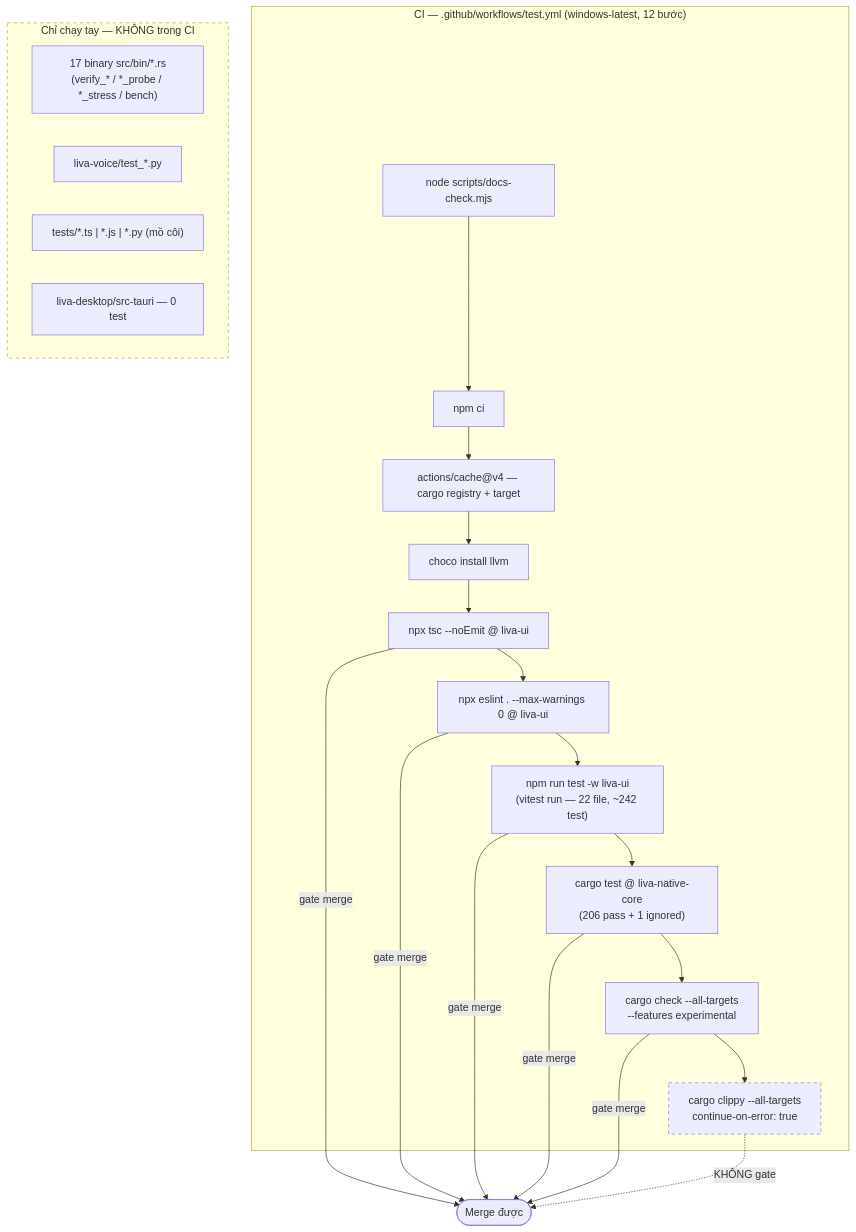
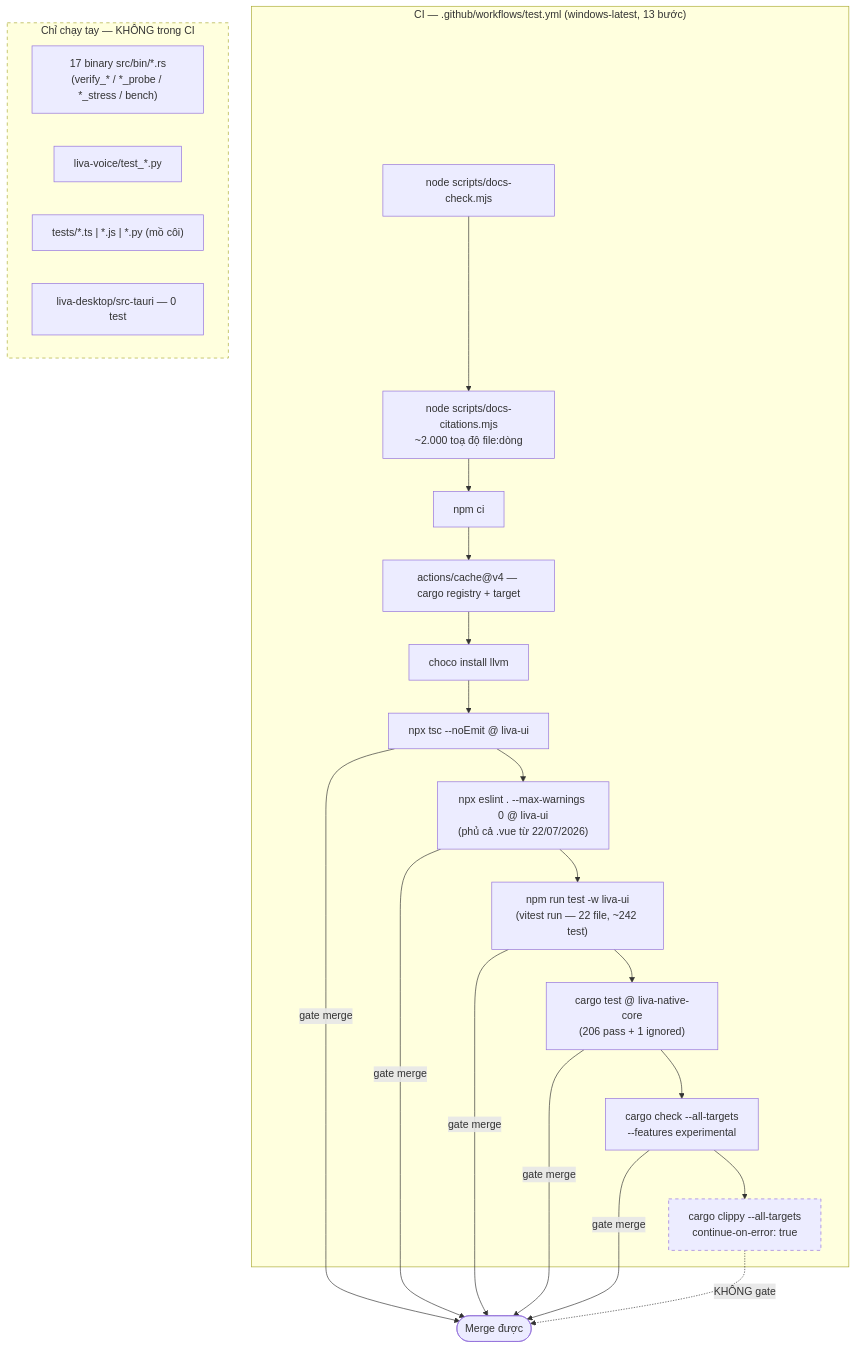
One commit to DuongNAD/LIVA changed the first of 4 diagrams in docs/02-van-hanh/04-kiem-thu-va-ci.md. Above: the diagram before and after it, drawn with Mermaid. The commit also changed other lines of this file and 11 other files, not shown here.

````diff
--- a/docs/02-van-hanh/04-kiem-thu-va-ci.md
+++ b/docs/02-van-hanh/04-kiem-thu-va-ci.md
@@ -77,31 +77,32 @@
 ```mermaid
 flowchart TD
-    subgraph CI["CI — .github/workflows/test.yml (windows-latest, 12 bước)"]
-        A0["node scripts/docs-check.mjs"] --> A["npm ci"]
+    subgraph CI["CI — .github/workflows/test.yml (windows-latest, 13 bước)"]
+        A0["node scripts/docs-check.mjs"] --> A00["node scripts/docs-citations.mjs<br/>~2.000 toạ độ file:dòng"]
+        A00 --> A["npm ci"]
         A --> A1["actions/cache@v4 — cargo registry + target"]
         A1 --> B["choco install llvm"]
         B --> B1["npx tsc --noEmit @ liva-ui"]
-        B1 --> B2["npx eslint . --max-warnings 0 @ liva-ui"]
+        B1 --> B2["npx eslint . --max-warnings 0 @ liva-ui<br/>(phủ cả .vue từ 22/07/2026)"]
         B2 --> C["npm run test -w liva-ui<br/>(vitest run — 22 file, ~242 test)"]
         C --> D["cargo test @ liva-native-core<br/>(206 pass + 1 ignored)"]
         D --> D1["cargo check --all-targets<br/>--features experimental"]
         D1 --> E["cargo clippy --all-targets<br/>continue-on-error: true"]
     end
 
     subgraph MANUAL["Chỉ chạy tay — KHÔNG trong CI"]
         F["17 binary src/bin/*.rs<br/>(verify_* / *_probe / *_stress / bench)"]
         G["liva-voice/test_*.py"]
         H["tests/*.ts | *.js | *.py (mồ côi)"]
         I["liva-desktop/src-tauri — 0 test"]
     end
 
     B1 -->|"gate merge"| PASS([Merge được])
     B2 -->|"gate merge"| PASS
     C -->|"gate merge"| PASS
     D -->|"gate merge"| PASS
     D1 -->|"gate merge"| PASS
     E -.->|"KHÔNG gate"| PASS
 
     style E stroke-dasharray: 5 5
     style MANUAL stroke-dasharray: 5 5
 ```
````
